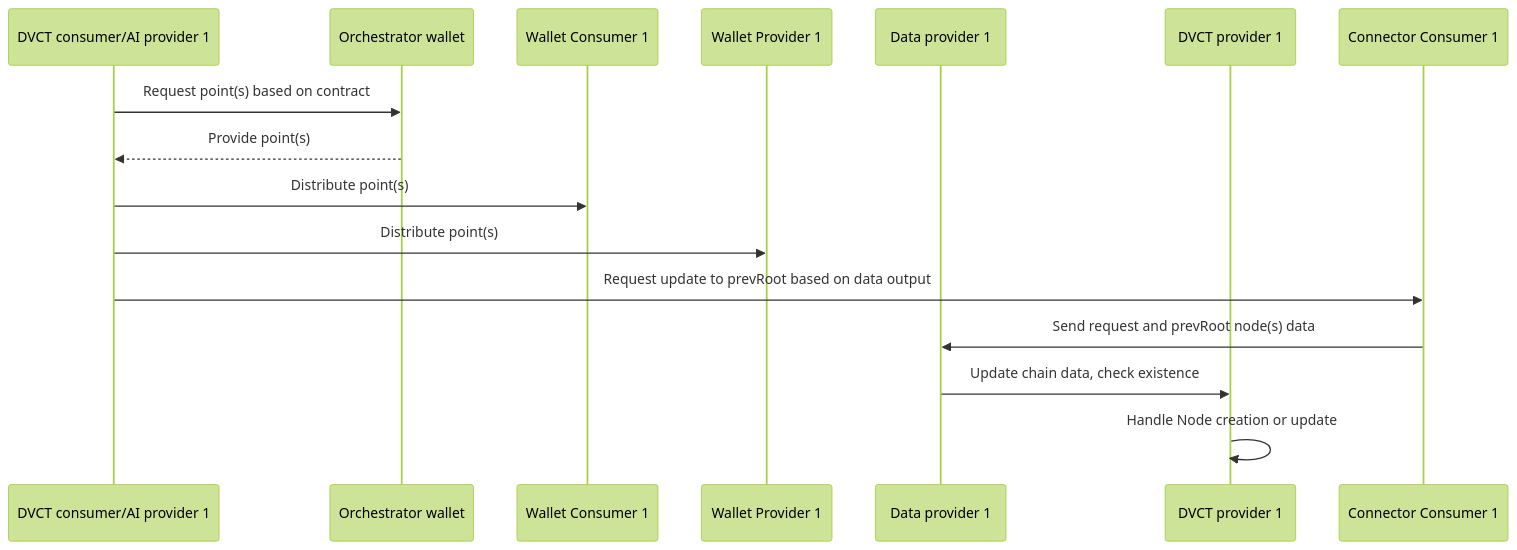
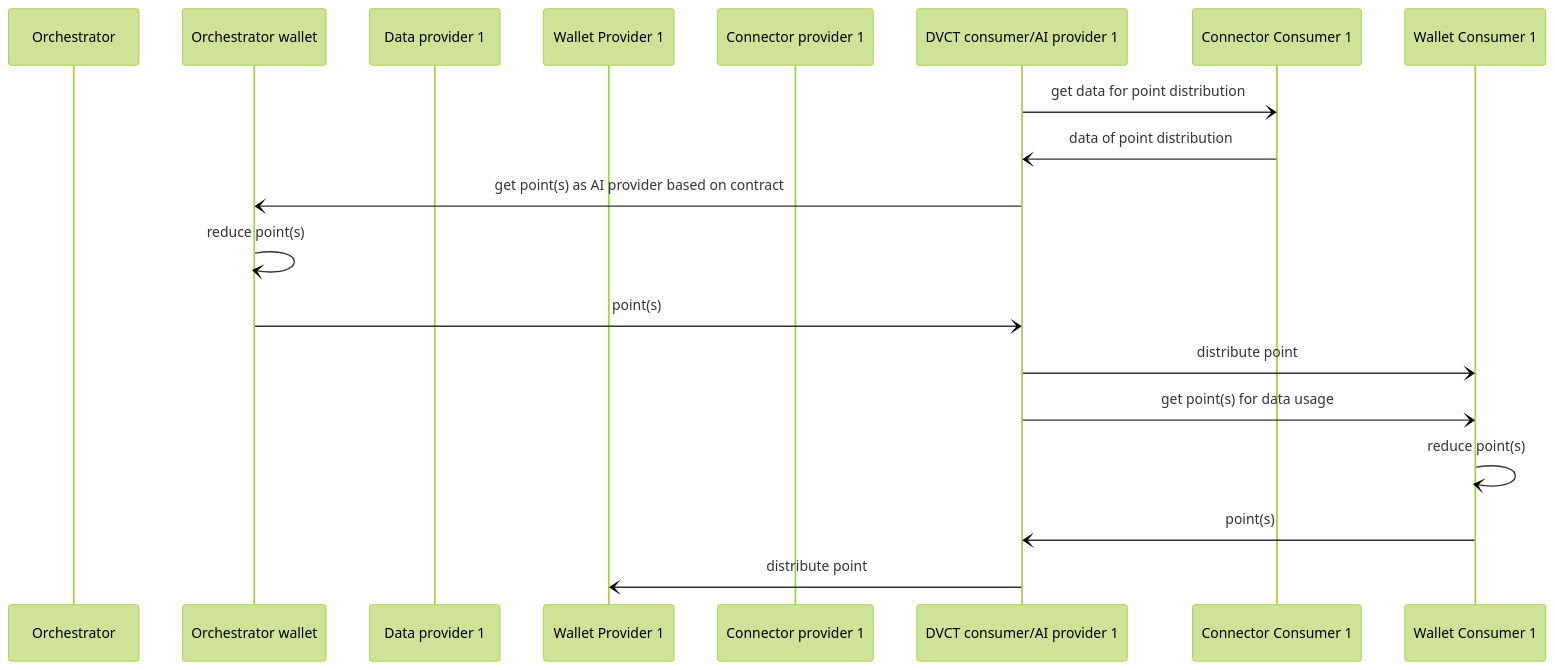
The sixth of 6 diagrams in docs/design-document.md (Prometheus-X-association/data-value-chain-tracker), drawn with Mermaid (forest theme) before and after one commit. The commit also changed other lines of this file, not shown here.

Commit message:
#18 refine sequence diagrams: Update design-document.md

````diff
--- a/docs/design-document.md
+++ b/docs/design-document.md
@@ -734,19 +782,25 @@
 ```mermaid
 sequenceDiagram
+    participant o as Orchestrator
+    participant dw1 as Orchestrator wallet
+
+    participant dp1 as Data provider 1
+    participant dw-p1 as Wallet Provider 1
+    participant pc1 as Connector provider 1
+
     participant dvct-c1 as DVCT consumer/AI provider 1
-    participant dw1 as Orchestrator wallet
+    participant cc1 as Connector Consumer 1
     participant dw-c1 as Wallet Consumer 1
-    participant dw-p1 as Wallet Provider 1
-    participant dp1 as Data provider 1
-    participant dvct-p1 as DVCT provider 1
-    participant cc1 as Connector Consumer 1
+  
+    dvct-c1 -) cc1: get data for point distribution
+    cc1 -) dvct-c1: data of point distribution
 
-    dvct-c1 ->> dw1: Request point(s) based on contract
-    dw1 -->> dvct-c1: Provide point(s)
-    dvct-c1 ->> dw-c1: Distribute point(s)
-    dvct-c1 ->> dw-p1: Distribute point(s)
-    dvct-c1 ->> cc1: Request update to prevRoot based on data output
-    cc1 ->> dp1: Send request and prevRoot node(s) data
-    dp1 ->> dvct-p1: Update chain data, check existence
-    dvct-p1 ->> dvct-p1: Handle Node creation or update
+    dvct-c1 -) dw1: get point(s) as AI provider based on contract
+    dw1 -) dw1: reduce point(s)
+    dw1 -) dvct-c1: point(s)
+    dvct-c1 -) dw-c1: distribute point
+    dvct-c1 -) dw-c1: get point(s) for data usage
+    dw-c1 -) dw-c1: reduce point(s)
+    dw-c1 -) dvct-c1: point(s)
+    dvct-c1 -) dw-p1: distribute point
 ```
````
